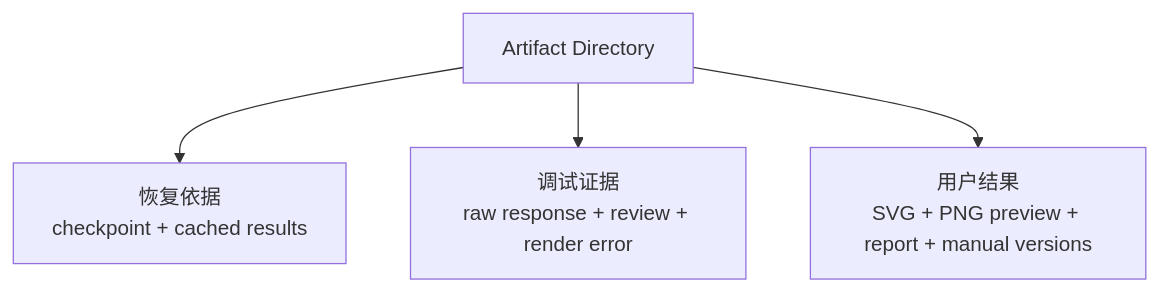
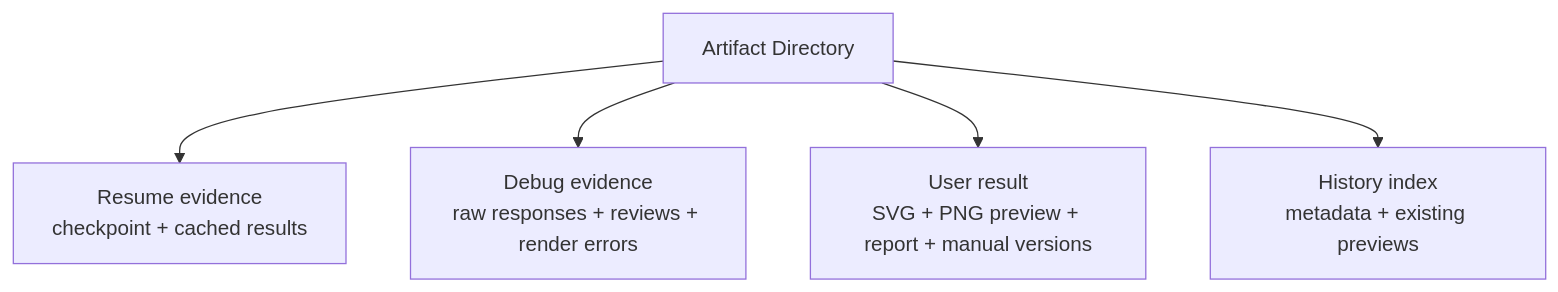
Before and after one commit to PeiXingXie/Raster2SVG-Demo: the third of 4 diagrams in architecture-summary/04-state-artifacts-and-config.md, drawn with Mermaid. The commit also changed other lines of this file and 14 other files, not shown here.

````diff
--- a/architecture-summary/04-state-artifacts-and-config.md
+++ b/architecture-summary/04-state-artifacts-and-config.md
@@ -109,6 +117,7 @@
 ```mermaid
 flowchart TB
-    Artifact["Artifact Directory"] --> Recovery["恢复依据<br/>checkpoint + cached results"]
-    Artifact --> Debug["调试证据<br/>raw response + review + render error"]
-    Artifact --> Product["用户结果<br/>SVG + PNG preview + report + manual versions"]
+    Artifact["Artifact Directory"] --> Recovery["Resume evidence<br/>checkpoint + cached results"]
+    Artifact --> Debug["Debug evidence<br/>raw responses + reviews + render errors"]
+    Artifact --> Product["User result<br/>SVG + PNG preview + report + manual versions"]
+    Artifact --> History["History index<br/>metadata + existing previews"]
 ```
````
